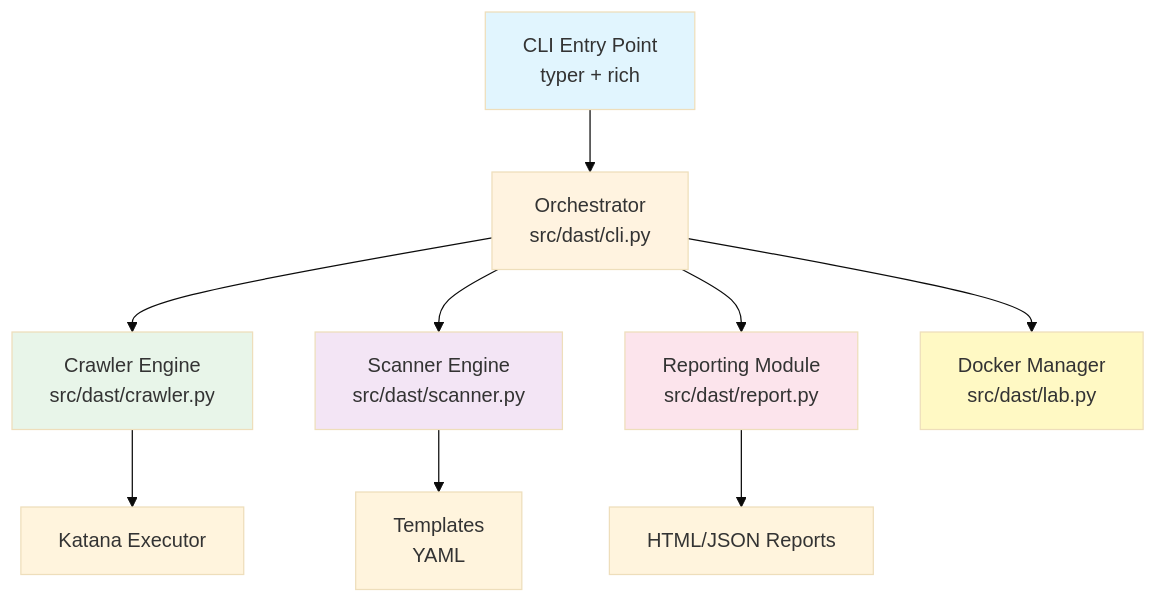
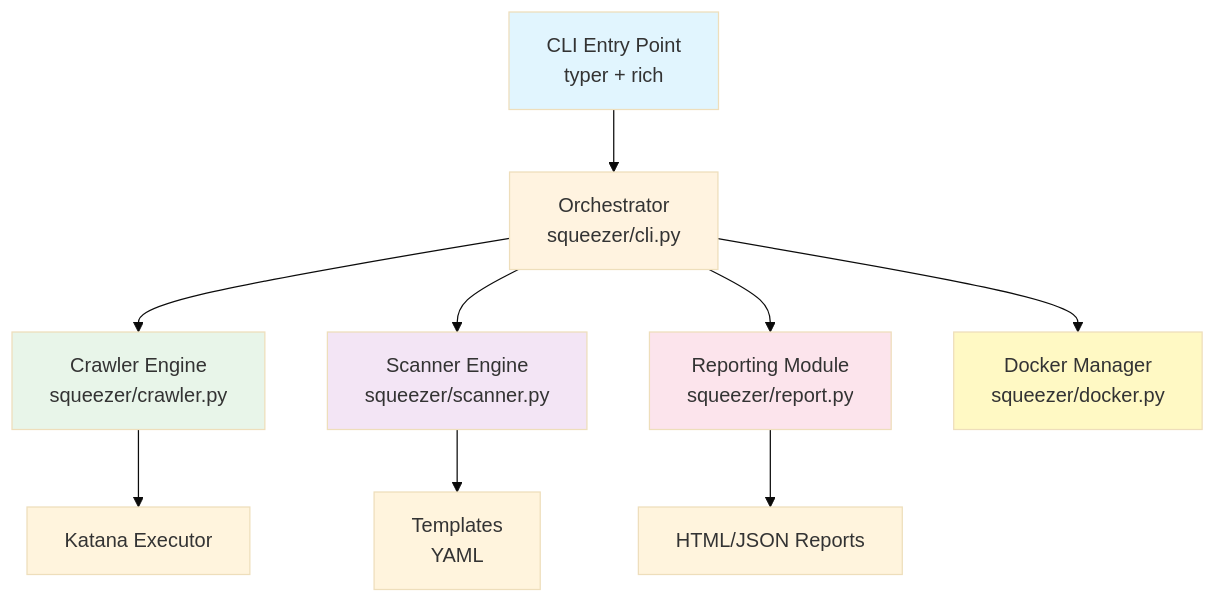
Before and after one commit to lacatu5/squeezer-project: the first of 4 diagrams in docs/architecture.md, drawn with Mermaid (base theme). The commit also changed other lines of this file, not shown here.

Commit message:
fix: Update architecture documentation with correct file paths and template schema

````diff
--- a/docs/architecture.md
+++ b/docs/architecture.md
@@ -11,31 +11,31 @@
 ```mermaid
 flowchart TB
     CLI[CLI Entry Point<br/>typer + rich]
-    Orch[Orchestrator<br/>src/dast/cli.py]
+    Orch[Orchestrator<br/>squeezer/cli.py]
 
-    Crawler[Crawler Engine<br/>src/dast/crawler.py]
-    Scanner[Scanner Engine<br/>src/dast/scanner.py]
-    Reporter[Reporting Module<br/>src/dast/report.py]
-    Docker[Docker Manager<br/>src/dast/lab.py]
+    Crawler[Crawler Engine<br/>squeezer/crawler.py]
+    Scanner[Scanner Engine<br/>squeezer/scanner.py]
+    Reporter[Reporting Module<br/>squeezer/report.py]
+    Docker[Docker Manager<br/>squeezer/docker.py]
 
     Katana[Katana Executor]
     Templates[Templates<br/>YAML]
     Output[HTML/JSON Reports]
 
     CLI --> Orch
     Orch --> Crawler
     Orch --> Scanner
     Orch --> Reporter
     Orch --> Docker
 
     Crawler --> Katana
     Scanner --> Templates
     Reporter --> Output
 
     style CLI fill:#e1f5fe
     style Orch fill:#fff3e0
     style Scanner fill:#f3e5f5
     style Crawler fill:#e8f5e9
     style Reporter fill:#fce4ec
     style Docker fill:#fff9c4
 ```
````
